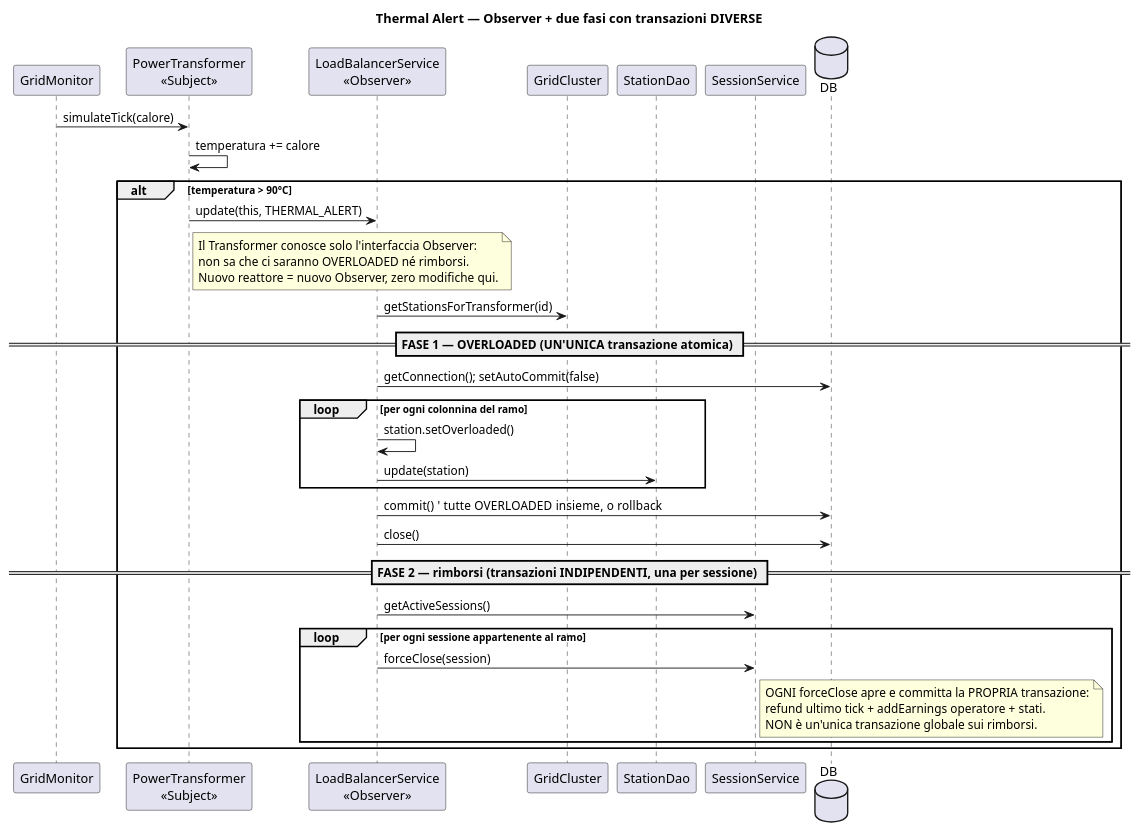
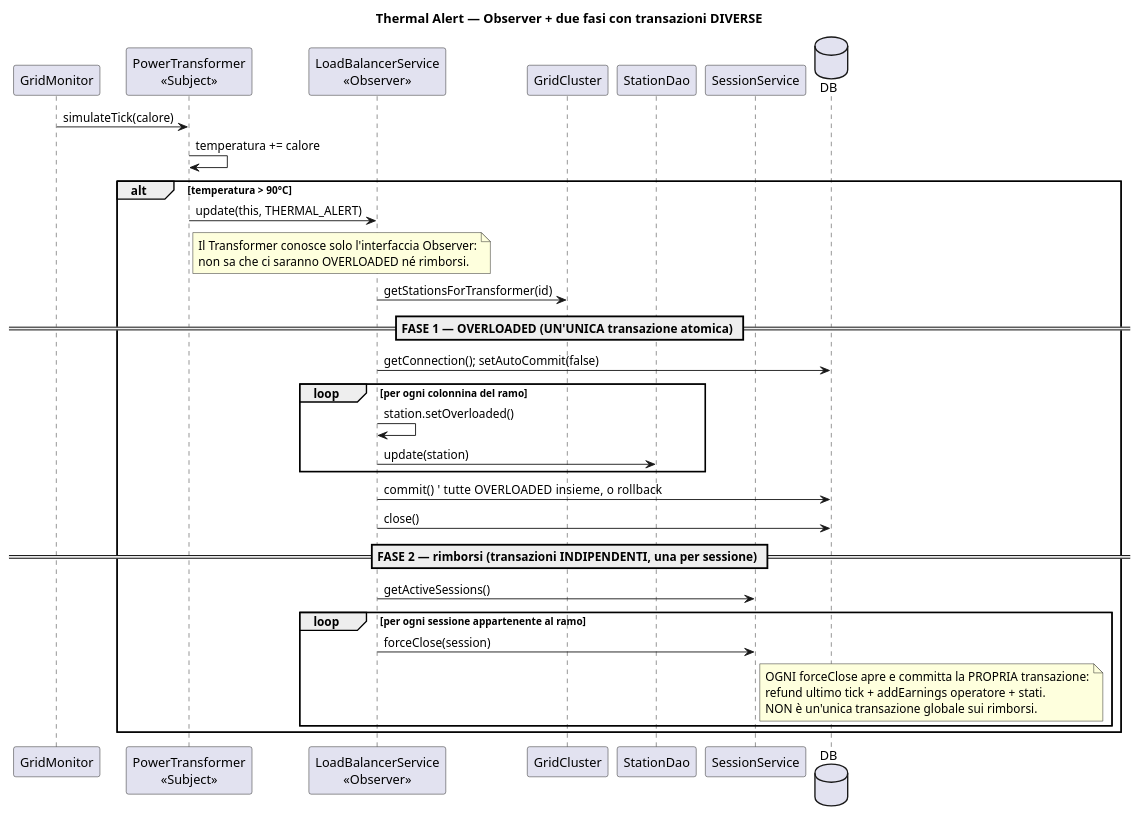
Before and after one commit to TommasoSottili/ChargeNet: the diagram in docs/sequence-diagram-thermal-alert.puml, drawn with PlantUML. The commit also changed 10 other files, not shown here.

```diff
--- a/docs/sequence-diagram-thermal-alert.puml
+++ b/docs/sequence-diagram-thermal-alert.puml
@@ -1,44 +1,43 @@
 @startuml Thermal_Alert
 title Thermal Alert — Observer + due fasi con transazioni DIVERSE
 
 participant "GridMonitor" as GM
 participant "PowerTransformer\n«Subject»" as PT
 participant "LoadBalancerService\n«Observer»" as LB
 participant "GridCluster" as GC
 participant "StationDao" as SD
 participant "SessionService" as SS
 database "DB" as DB
 
 GM -> PT : simulateTick(calore)
 PT -> PT : temperatura += calore
 
 alt temperatura > 90°C
     PT -> LB : update(this, THERMAL_ALERT)
     note right of PT
         Il Transformer conosce solo l'interfaccia Observer:
         non sa che ci saranno OVERLOADED né rimborsi.
-        Nuovo reattore = nuovo Observer, zero modifiche qui.
     end note
     LB -> GC : getStationsForTransformer(id)
 
     == FASE 1 — OVERLOADED (UN'UNICA transazione atomica) ==
     LB -> DB : getConnection(); setAutoCommit(false)
     loop per ogni colonnina del ramo
         LB -> LB : station.setOverloaded()
         LB -> SD : update(station)
     end
     LB -> DB : commit()   ' tutte OVERLOADED insieme, o rollback
     LB -> DB : close()
 
     == FASE 2 — rimborsi (transazioni INDIPENDENTI, una per sessione) ==
     LB -> SS : getActiveSessions()
     loop per ogni sessione appartenente al ramo
         LB -> SS : forceClose(session)
         note right of SS
             OGNI forceClose apre e committa la PROPRIA transazione:
             refund ultimo tick + addEarnings operatore + stati.
             NON è un'unica transazione globale sui rimborsi.
         end note
     end
 end
 @enduml
```
